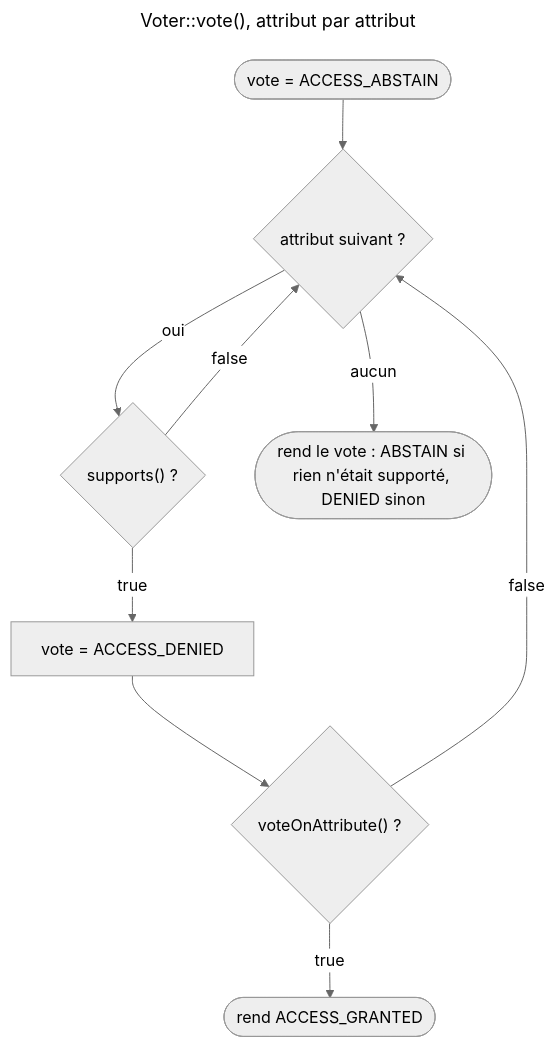
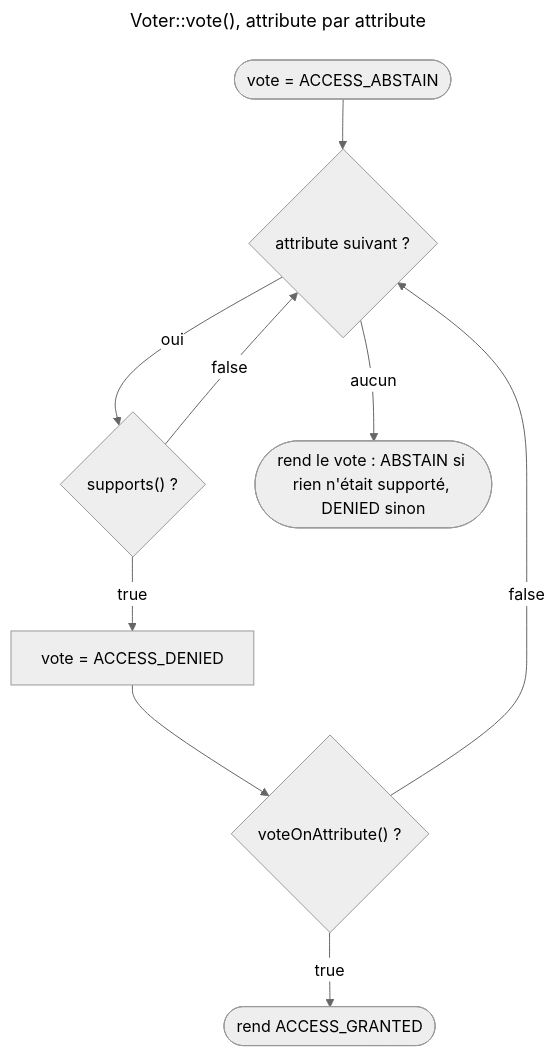
One commit to jasserYahyaoui/Symfony-8-Certification-Path changed the diagram in content/courses/CRS-y3g0v9nmne3t.md. Above: the diagram before and after it, drawn with Mermaid (neutral theme). The commit also changed other lines of this file and 207 other files, not shown here.

````diff
--- a/content/courses/CRS-y3g0v9nmne3t.md
+++ b/content/courses/CRS-y3g0v9nmne3t.md
@@ -115,16 +115,16 @@
 ```mermaid
 ---
-title: Voter::vote(), attribut par attribut
+title: Voter::vote(), attribute par attribute
 ---
 flowchart TD
   accTitle: Comment Voter::vote() choisit entre accordé, refusé et abstention
-  accDescr: Le vote part en abstention. Pour chaque attribut, si supports() rend false, l'attribut est ignoré. Dès qu'un attribut est supporté, le vote passe à refusé. Si voteOnAttribute() rend true pour cet attribut, le vote est accordé immédiatement. Une fois les attributs épuisés, le vote vaut abstention si aucun n'était supporté, refusé sinon.
-  START(["vote = ACCESS_ABSTAIN"]) --> NEXT{"attribut suivant ?"}
+  accDescr: Le vote part en abstention. Pour chaque attribute, si supports() rend false, l'attribute est ignoré. Dès qu'un attribute est supporté, le vote passe à refusé. Si voteOnAttribute() rend true pour cet attribute, le vote est accordé immédiatement. Une fois les attributes épuisés, le vote vaut abstention si aucun n'était supporté, refusé sinon.
+  START(["vote = ACCESS_ABSTAIN"]) --> NEXT{"attribute suivant ?"}
   NEXT -->|"oui"| SUP{"supports() ?"}
   SUP -->|"false"| NEXT
   SUP -->|"true"| DEN["vote = ACCESS_DENIED"]
   DEN --> VOA{"voteOnAttribute() ?"}
   VOA -->|"true"| GR(["rend ACCESS_GRANTED"])
   VOA -->|"false"| NEXT
   NEXT -->|"aucun"| END(["rend le vote : ABSTAIN si rien n'était supporté, DENIED sinon"])
 ```
````
